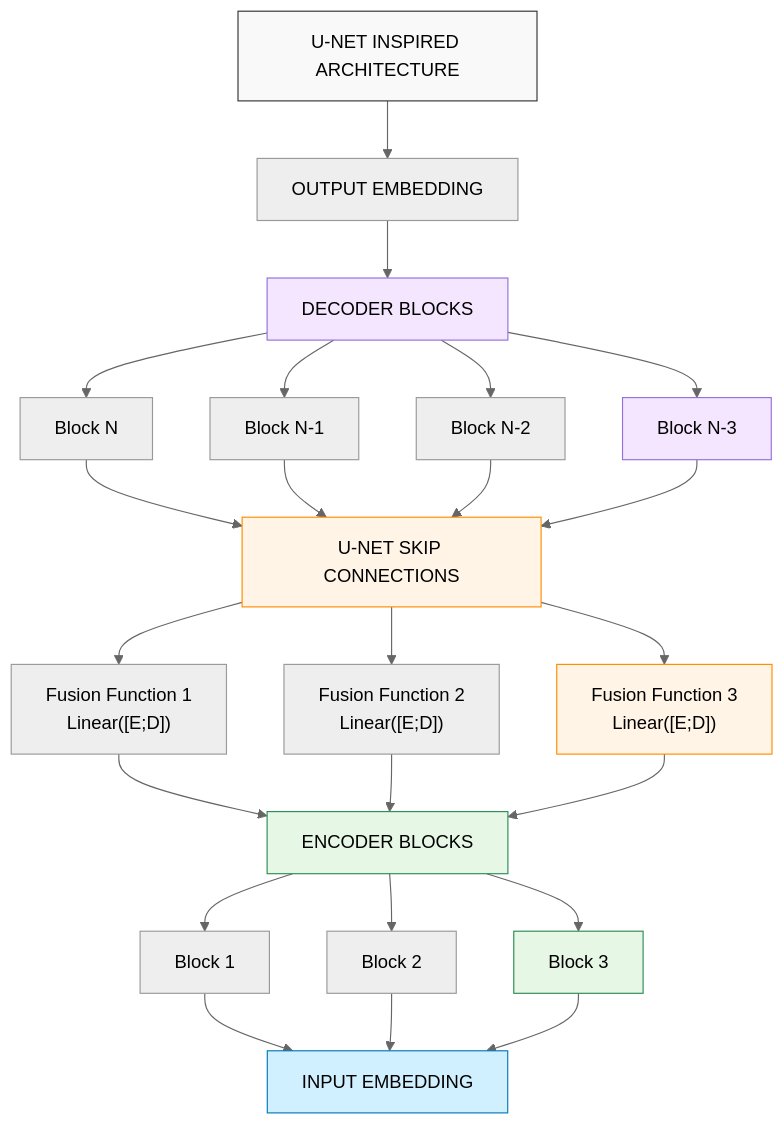
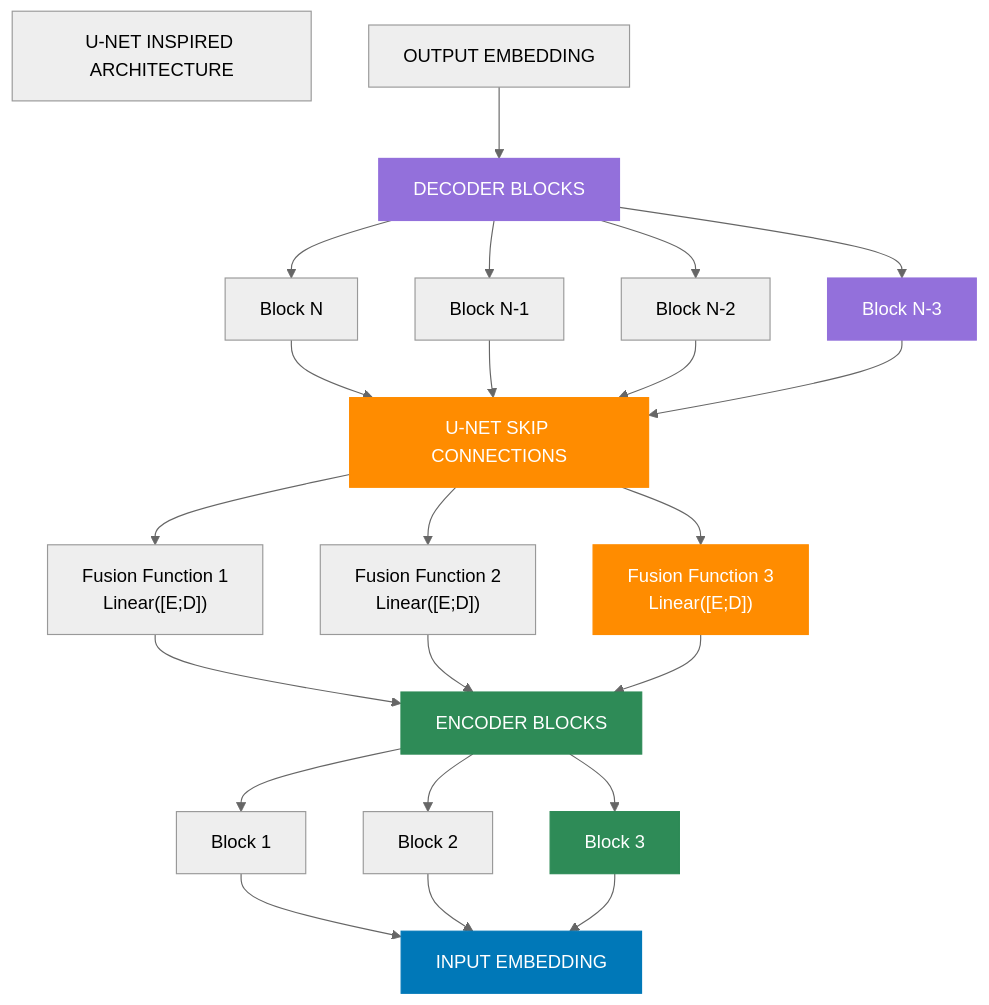
One commit to CambrianTech/sentinel-ai changed the fourth of 6 diagrams in README.md. Above: the diagram before and after it, drawn with Mermaid (neutral theme). The commit also changed other lines of this file and 3 other files, not shown here.

First line of the commit message:
Fix colors in Mermaid diagrams for better readability (#33)

````diff
--- a/README.md
+++ b/README.md
@@ -203,61 +206,60 @@
 ```mermaid
 flowchart TD
-    classDef standard fill:#f9f9f9,stroke:#333,stroke-width:1px
-    classDef embedding fill:#d1f0ff,stroke:#0078b8,stroke-width:1px
-    classDef decoder fill:#f5e6ff,stroke:#9370db,stroke-width:1px
-    classDef skip fill:#fff4e6,stroke:#ff8c00,stroke-width:1px
-    classDef encoder fill:#e6f7e6,stroke:#2e8b57,stroke-width:1px
+    classDef standard fill:#333,stroke:#333,stroke-width:1px,color:#fff
+    classDef embedding fill:#0078b8,stroke:#0078b8,stroke-width:1px,color:#fff
+    classDef decoder fill:#9370db,stroke:#9370db,stroke-width:1px,color:#fff
+    classDef skip fill:#ff8c00,stroke:#ff8c00,stroke-width:1px,color:#fff
+    classDef encoder fill:#2e8b57,stroke:#2e8b57,stroke-width:1px,color:#fff
     
     %% Main Components
-    title["U-NET INSPIRED ARCHITECTURE"]
+    header["U-NET INSPIRED ARCHITECTURE"]
     outputEmbed["OUTPUT EMBEDDING"]
     decoderBlocks["DECODER BLOCKS"]
     skipConnections["U-NET SKIP CONNECTIONS"]
     encoderBlocks["ENCODER BLOCKS"]
     inputEmbed["INPUT EMBEDDING"]
     
     %% Decoder Components
     blockN["Block N"]
     blockN1["Block N-1"]
     blockN2["Block N-2"]
     blockN3["Block N-3"]
     
     %% Skip Components
     fusion1["Fusion Function 1<br/>Linear([E;D])"]
     fusion2["Fusion Function 2<br/>Linear([E;D])"]
     fusion3["Fusion Function 3<br/>Linear([E;D])"]
     
     %% Encoder Components
     block1["Block 1"]
     block2["Block 2"]
     block3["Block 3"]
     
     %% Connections
-    title --> outputEmbed
-    outputEmbed --> decoderBlocks
+        outputEmbed --> decoderBlocks
     
     decoderBlocks --> blockN & blockN1 & blockN2 & blockN3
     
     blockN & blockN1 & blockN2 & blockN3 --> skipConnections
     
     skipConnections --> fusion1 & fusion2 & fusion3
     
     fusion1 & fusion2 & fusion3 --> encoderBlocks
     
     encoderBlocks --> block1 & block2 & block3
     
     block1 & block2 & block3 --> inputEmbed
     
     %% Styling
-    title:::standard
+    header:::header
     outputEmbed & inputEmbed:::embedding
     decoderBlocks:::decoder
     skipConnections:::skip
     encoderBlocks:::encoder
     
     blockN & blockN1 & blockN2 & blockN3:::decoder
     
     fusion1 & fusion2 & fusion3:::skip
     
     block1 & block2 & block3:::encoder
 ```
````
